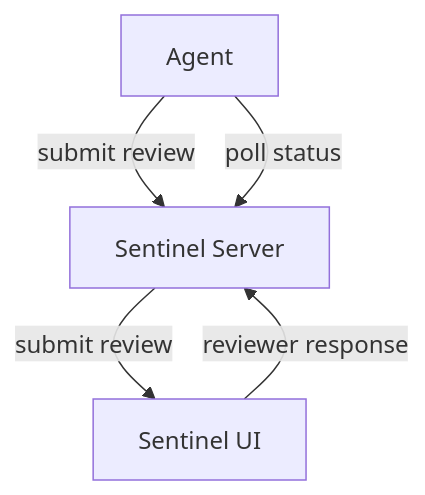
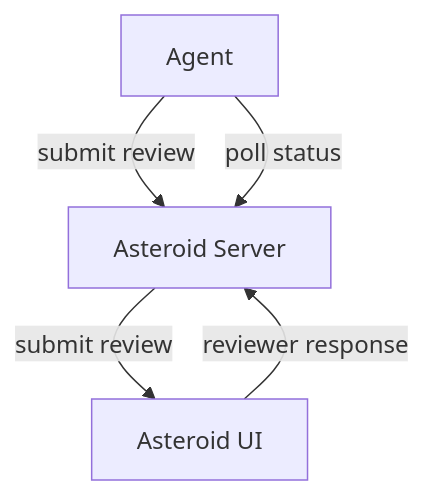
One commit to asteroidai/docs changed the diagram in introduction.mdx. Above: the diagram before and after it, drawn with Mermaid. The commit also changed other lines of this file and 10 other files, not shown here.

Commit message:
Rename Sentinel -> Asteroid

````diff
--- a/introduction.mdx
+++ b/introduction.mdx
@@ -143,7 +143,7 @@
 ```mermaid
 graph TD;
-A[Agent]-->|submit review|B[Sentinel Server];
+A[Agent]-->|submit review|B[Asteroid Server];
 A-->|poll status|B;
-B-->|submit review|C[Sentinel UI];
+B-->|submit review|C[Asteroid UI];
 C-->|reviewer response|B;
 ```
````
